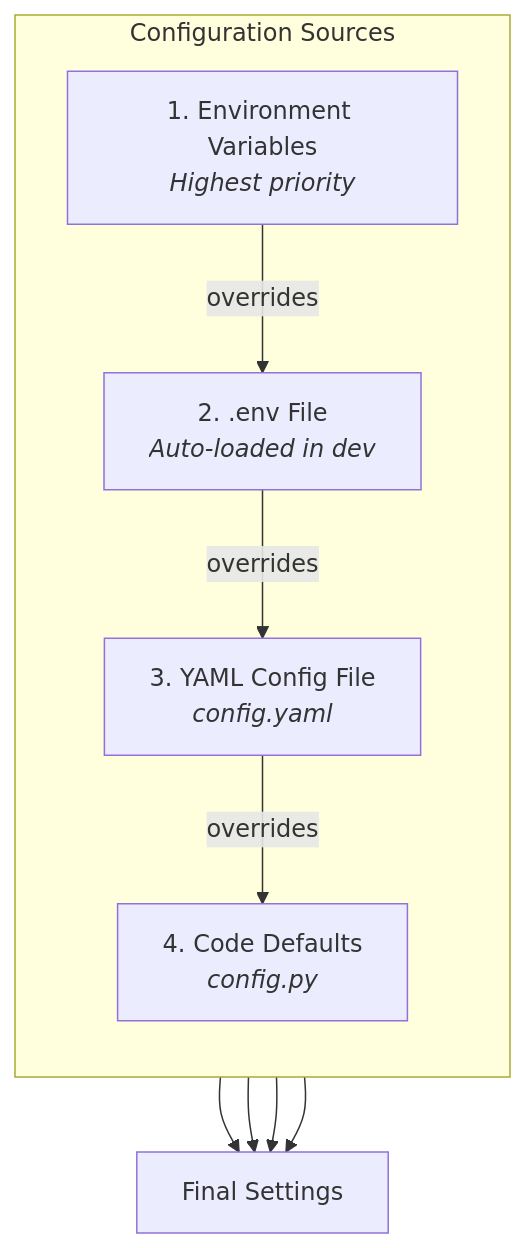
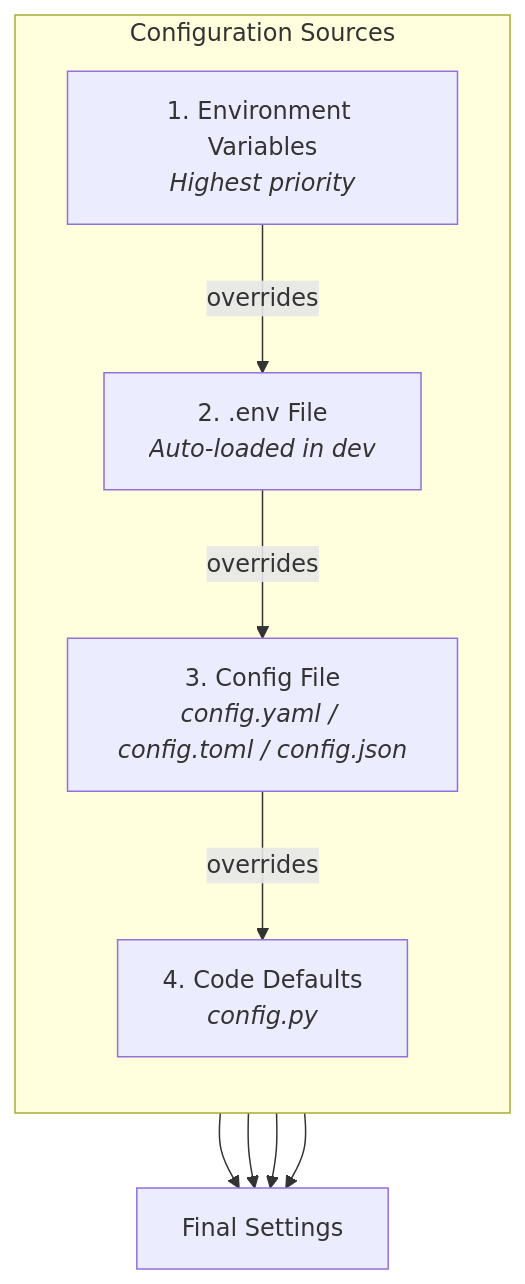
Before and after one commit to redis-applied-ai/redis-sre-agent: the diagram in docs/how-to/configuration.md, drawn with Mermaid. The commit also changed other lines of this file and 6 other files, not shown here.

Commit message:
Add TOML and JSON config file support

````diff
--- a/docs/how-to/configuration.md
+++ b/docs/how-to/configuration.md
@@ -14,19 +14,19 @@
 ```mermaid
 flowchart TB
     subgraph Sources["Configuration Sources"]
         direction TB
         ENV["1. Environment Variables<br><i>Highest priority</i>"]
         DOTENV["2. .env File<br><i>Auto-loaded in dev</i>"]
-        YAML["3. YAML Config File<br><i>config.yaml</i>"]
+        CFG["3. Config File<br><i>config.yaml / config.toml / config.json</i>"]
         CODE["4. Code Defaults<br><i>config.py</i>"]
     end
 
     ENV --> |overrides| DOTENV
-    DOTENV --> |overrides| YAML
-    YAML --> |overrides| CODE
+    DOTENV --> |overrides| CFG
+    CFG --> |overrides| CODE
 
     CODE --> FINAL["Final Settings"]
-    YAML --> FINAL
+    CFG --> FINAL
     DOTENV --> FINAL
     ENV --> FINAL
 ```
````
